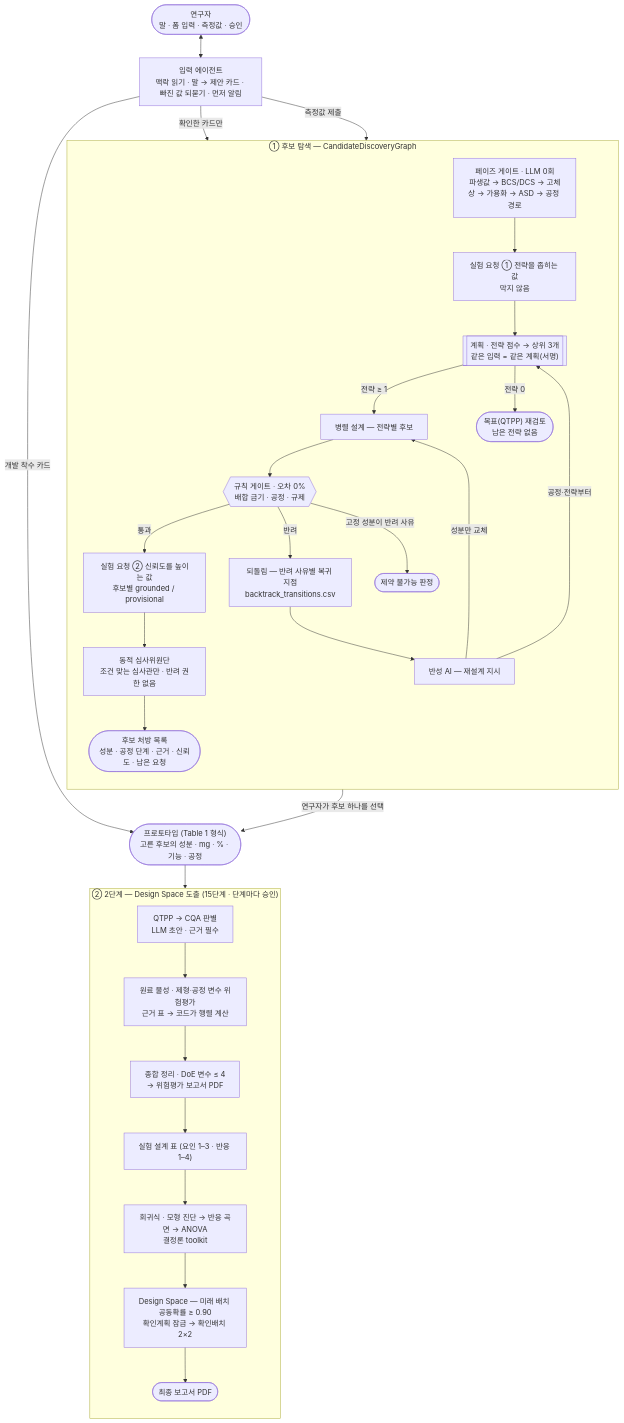
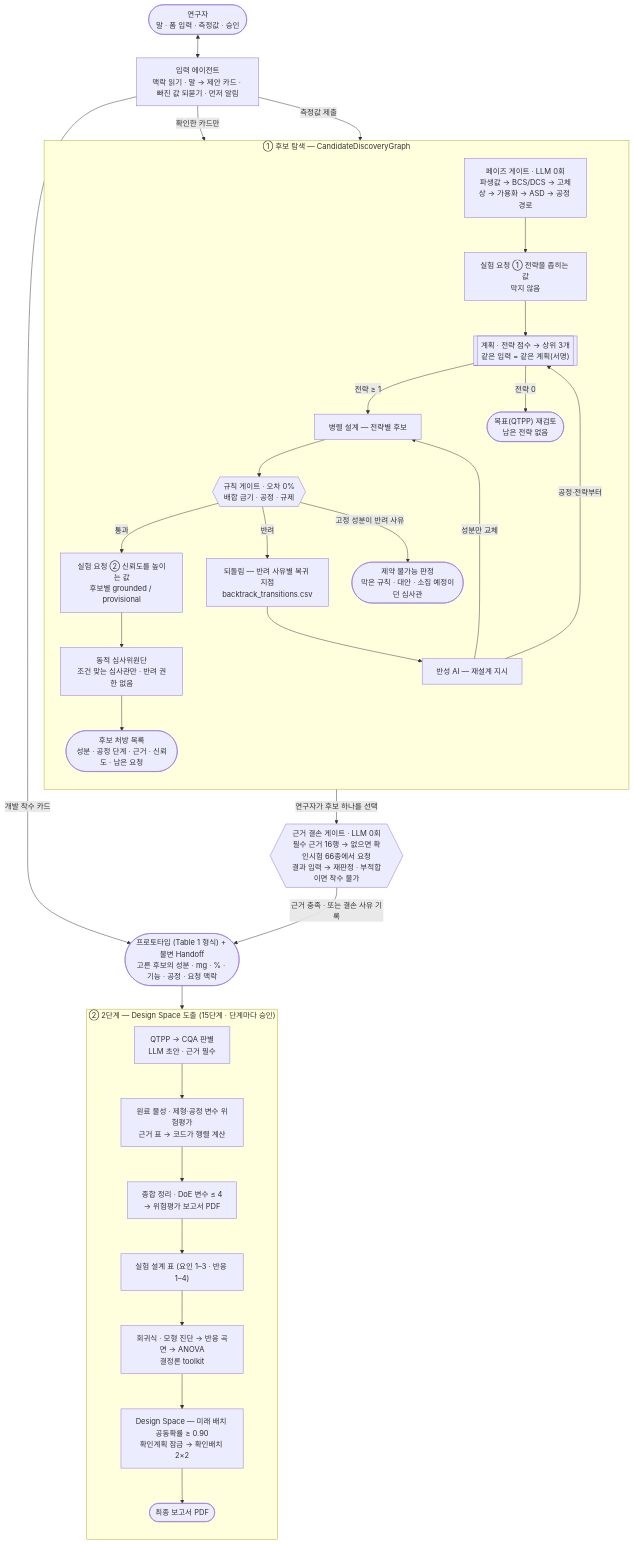
The diagram in README.md (zihwaan/formula1-qbd), drawn with Mermaid before and after one commit. The commit also changed other lines of this file and 30 other files, not shown here.

First line of the commit message:
근거 결손 게이트를 2단계 입구로 · 불가능 결론에 소집 예정 심사관 · 모바일·시연 길이 개선

````diff
--- a/README.md
+++ b/README.md
@@ -91,49 +91,50 @@
 ```mermaid
 flowchart TB
     U(["연구자<br/>말 · 폼 입력 · 측정값 · 승인"])
     IA["입력 에이전트<br/>맥락 읽기 · 말 → 제안 카드 · 빠진 값 되묻기 · 먼저 알림"]
 
     subgraph D["① 후보 탐색 — CandidateDiscoveryGraph"]
         direction TB
         PG["페이즈 게이트 · LLM 0회<br/>파생값 → BCS/DCS → 고체상 → 가용화 → ASD → 공정 경로"]
         DN["실험 요청 ① 전략을 좁히는 값<br/>막지 않음"]
         PL[["계획 · 전략 점수 → 상위 3개<br/>같은 입력 = 같은 계획(서명)"]]
         G["병렬 설계 — 전략별 후보"]
         R{{"규칙 게이트 · 오차 0%<br/>배합 금기 · 공정 · 규제"}}
         DR["실험 요청 ② 신뢰도를 높이는 값<br/>후보별 grounded / provisional"]
         J["동적 심사위원단<br/>조건 맞는 심사관만 · 반려 권한 없음"]
         C(["후보 처방 목록<br/>성분 · 공정 단계 · 근거 · 신뢰도 · 남은 요청"])
         BT["되돌림 — 반려 사유별 복귀 지점<br/>backtrack_transitions.csv"]
         RF["반성 AI — 재설계 지시"]
         Q(["목표(QTPP) 재검토<br/>남은 전략 없음"])
-        INF(["제약 불가능 판정"])
+        INF(["제약 불가능 판정<br/>막은 규칙 · 대안 · 소집 예정이던 심사관"])
         PG --> DN --> PL
         PL -->|전략 ≥ 1| G --> R
         PL -->|전략 0| Q
         R -->|통과| DR --> J --> C
         R -->|반려| BT --> RF
         RF -->|성분만 교체| G
         RF -->|공정·전략부터| PL
         R -->|고정 성분이 반려 사유| INF
     end
 
-    H(["프로토타입 (Table 1 형식)<br/>고른 후보의 성분 · mg · % · 기능 · 공정"])
+    EV{{"근거 결손 게이트 · LLM 0회<br/>필수 근거 16행 → 없으면 확인시험 66종에서 요청<br/>결과 입력 → 재판정 · 부적합이면 착수 불가"}}
+    H(["프로토타입 (Table 1 형식) + 불변 Handoff<br/>고른 후보의 성분 · mg · % · 기능 · 공정 · 요청 맥락"])
 
     subgraph E["② 2단계 — Design Space 도출 (15단계 · 단계마다 승인)"]
         direction TB
         E1["QTPP → CQA 판별<br/>LLM 초안 · 근거 필수"]
         E2["원료 물성 · 제형·공정 변수 위험평가<br/>근거 표 → 코드가 행렬 계산"]
         E3["종합 정리 · DoE 변수 ≤ 4<br/>→ 위험평가 보고서 PDF"]
         E4["실험 설계 표 (요인 1–3 · 반응 1–4)"]
         E5["회귀식 · 모형 진단 → 반응 곡면 → ANOVA<br/>결정론 toolkit"]
         E6["Design Space — 미래 배치 공동확률 ≥ 0.90<br/>확인계획 잠금 → 확인배치 2×2"]
         V(["최종 보고서 PDF"])
         E1 --> E2 --> E3 --> E4 --> E5 --> E6 --> V
     end
 
     U <--> IA
     IA -->|확인한 카드만| PG
     IA -->|측정값 제출| DR
     IA -->|개발 착수 카드| H
-    C -->|연구자가 후보 하나를 선택| H --> E1
+    C -->|연구자가 후보 하나를 선택| EV -->|근거 충족 · 또는 결손 사유 기록| H --> E1
 ```
````
